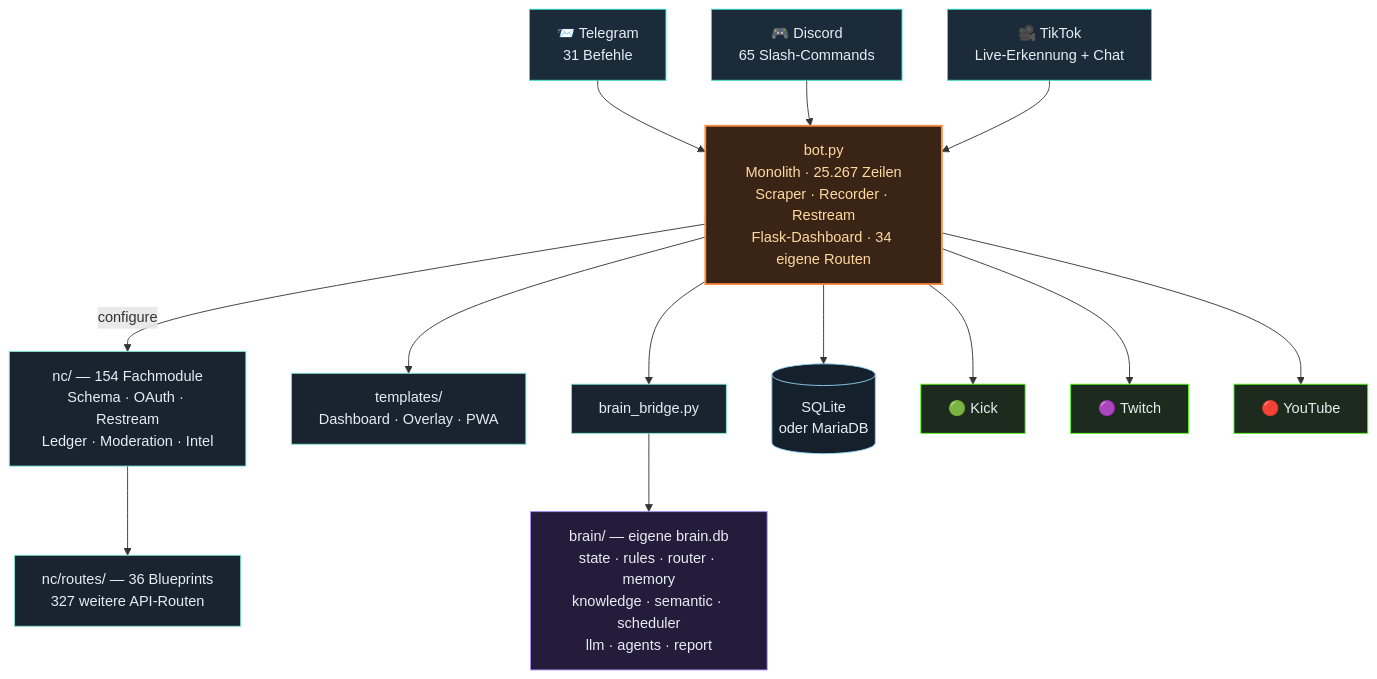
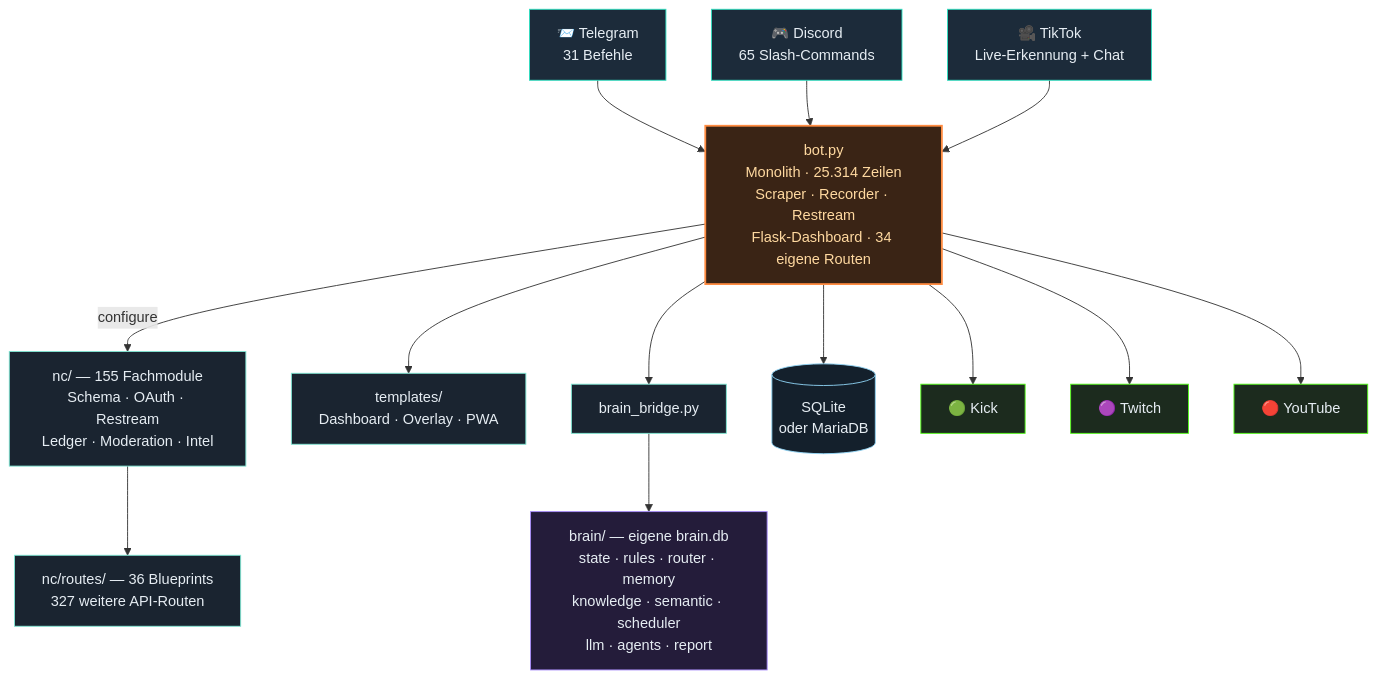
The third of 4 diagrams in README.md (itsamemedev/Telegram-Stream-Info-Bot), drawn with Mermaid before and after one commit. The commit also changed other lines of this file and 31 other files, not shown here.

````diff
--- a/README.md
+++ b/README.md
@@ -189,30 +189,30 @@
 ```mermaid
 flowchart TB
     TG["📨 Telegram<br/>31 Befehle"]:::ein
     DC["🎮 Discord<br/>65 Slash-Commands"]:::ein
     TT["🎥 TikTok<br/>Live-Erkennung + Chat"]:::ein
 
     TG --> BOT
     DC --> BOT
     TT --> BOT
 
-    BOT["bot.py<br/>Monolith · 25.267 Zeilen<br/>Scraper · Recorder · Restream<br/>Flask-Dashboard · 34 eigene Routen"]:::core
+    BOT["bot.py<br/>Monolith · 25.314 Zeilen<br/>Scraper · Recorder · Restream<br/>Flask-Dashboard · 34 eigene Routen"]:::core
 
-    BOT -->|configure| NC["nc/ — 154 Fachmodule<br/>Schema · OAuth · Restream<br/>Ledger · Moderation · Intel"]:::lib
+    BOT -->|configure| NC["nc/ — 155 Fachmodule<br/>Schema · OAuth · Restream<br/>Ledger · Moderation · Intel"]:::lib
     NC --> RT["nc/routes/ — 36 Blueprints<br/>327 weitere API-Routen"]:::lib
     BOT --> TPL["templates/<br/>Dashboard · Overlay · PWA"]:::lib
     BOT --> BR["brain_bridge.py"]:::lib
     BR --> BRAIN["brain/ — eigene brain.db<br/>state · rules · router · memory<br/>knowledge · semantic · scheduler<br/>llm · agents · report"]:::brain
     BOT --> DB[("SQLite<br/>oder MariaDB")]:::db
 
     BOT --> KICK["🟢 Kick"]:::out
     BOT --> TW["🟣 Twitch"]:::out
     BOT --> YT["🔴 YouTube"]:::out
 
     classDef ein fill:#1c2b3a,stroke:#2de1c2,color:#e6edf3
     classDef core fill:#3a2415,stroke:#ff8c42,stroke-width:2px,color:#ffd9a0
     classDef lib fill:#1a2430,stroke:#7fe7d4,color:#e6edf3
     classDef brain fill:#241c3a,stroke:#a78bfa,color:#e6edf3
     classDef db fill:#14202c,stroke:#8fd3f4,color:#e6edf3
     classDef out fill:#1c2b1e,stroke:#53fc18,color:#e6edf3
 ```
````
